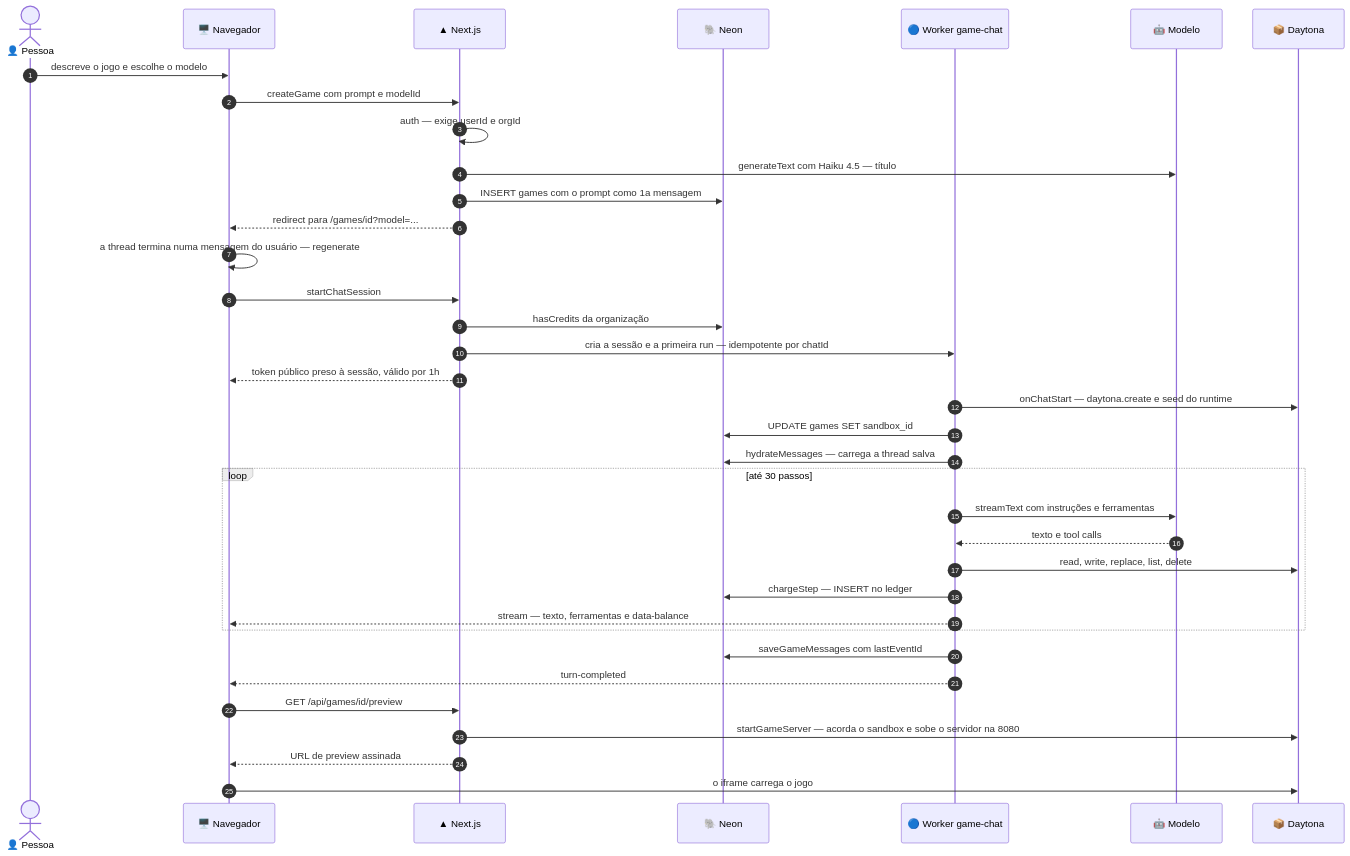
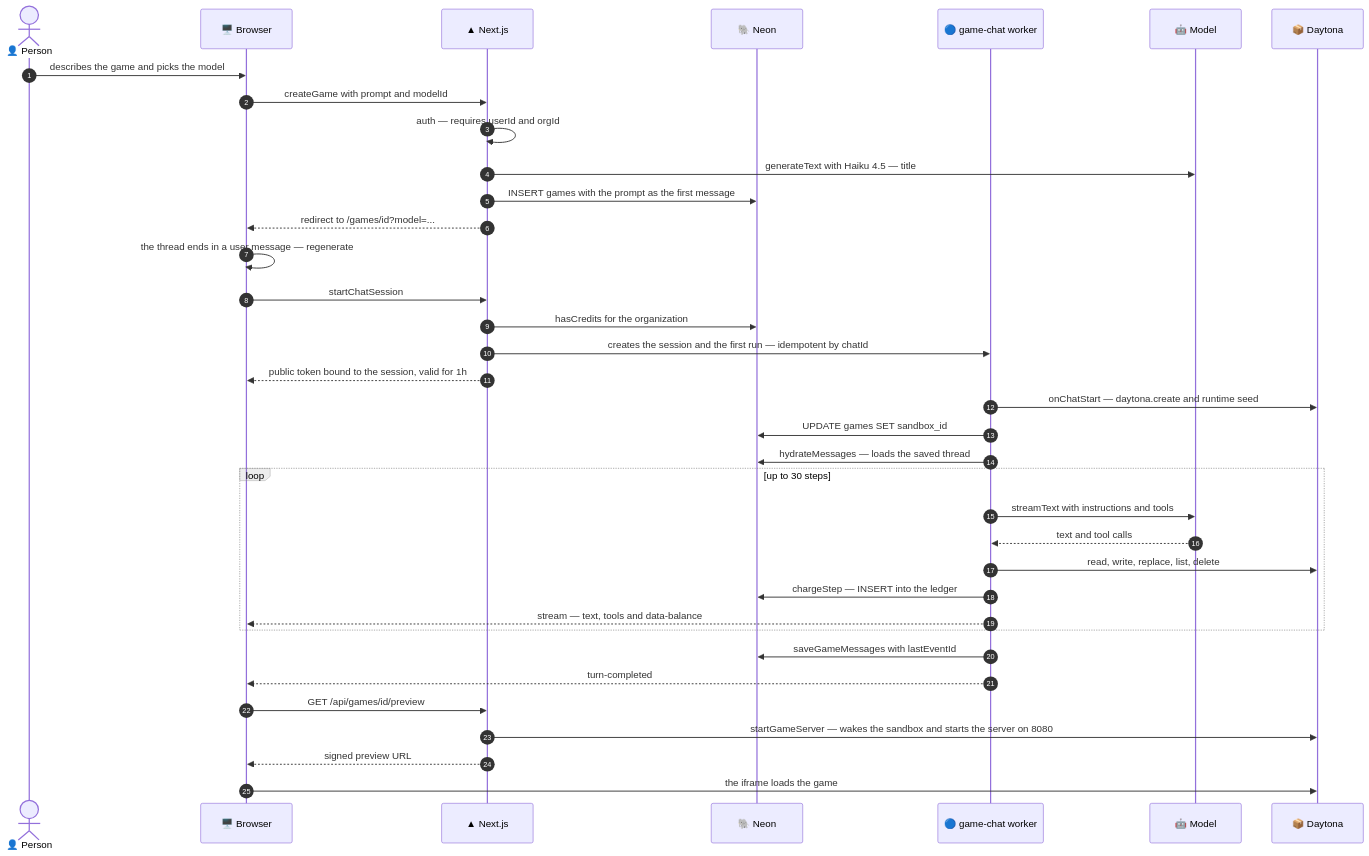
Before and after one commit to renatomf/nextjs-playforge: the first of 6 diagrams in README.md, drawn with Mermaid. The commit also changed other lines of this file and 5 other files, not shown here.

````diff
--- a/README.md
+++ b/README.md
@@ -130,44 +130,44 @@
 ```mermaid
 %%{init: {'themeVariables': {'clusterBkg': 'rgba(127,127,127,0.14)', 'clusterBorder': 'rgba(127,127,127,0.50)', 'noteBkgColor': 'rgba(127,127,127,0.14)', 'noteBorderColor': 'rgba(127,127,127,0.50)', 'labelBoxBkgColor': 'rgba(127,127,127,0.14)', 'labelBoxBorderColor': 'rgba(127,127,127,0.50)'}}}%%
 sequenceDiagram
     autonumber
-    actor P as 👤 Pessoa
-    participant UI as 🖥️ Navegador
+    actor P as 👤 Person
+    participant UI as 🖥️ Browser
     participant N as ▲ Next.js
     participant PG as 🐘 Neon
-    participant T as 🔵 Worker game-chat
-    participant M as 🤖 Modelo
+    participant T as 🔵 game-chat worker
+    participant M as 🤖 Model
     participant D as 📦 Daytona
 
-    P->>UI: descreve o jogo e escolhe o modelo
-    UI->>N: createGame com prompt e modelId
-    N->>N: auth — exige userId e orgId
-    N->>M: generateText com Haiku 4.5 — título
-    N->>PG: INSERT games com o prompt como 1a mensagem
-    N-->>UI: redirect para /games/id?model=...
+    P->>UI: describes the game and picks the model
+    UI->>N: createGame with prompt and modelId
+    N->>N: auth — requires userId and orgId
+    N->>M: generateText with Haiku 4.5 — title
+    N->>PG: INSERT games with the prompt as the first message
+    N-->>UI: redirect to /games/id?model=...
 
-    UI->>UI: a thread termina numa mensagem do usuário — regenerate
+    UI->>UI: the thread ends in a user message — regenerate
     UI->>N: startChatSession
-    N->>PG: hasCredits da organização
-    N->>T: cria a sessão e a primeira run — idempotente por chatId
-    N-->>UI: token público preso à sessão, válido por 1h
+    N->>PG: hasCredits for the organization
+    N->>T: creates the session and the first run — idempotent by chatId
+    N-->>UI: public token bound to the session, valid for 1h
 
-    T->>D: onChatStart — daytona.create e seed do runtime
+    T->>D: onChatStart — daytona.create and runtime seed
     T->>PG: UPDATE games SET sandbox_id
-    T->>PG: hydrateMessages — carrega a thread salva
+    T->>PG: hydrateMessages — loads the saved thread
 
-    loop até 30 passos
-        T->>M: streamText com instruções e ferramentas
-        M-->>T: texto e tool calls
+    loop up to 30 steps
+        T->>M: streamText with instructions and tools
+        M-->>T: text and tool calls
         T->>D: read, write, replace, list, delete
-        T->>PG: chargeStep — INSERT no ledger
-        T-->>UI: stream — texto, ferramentas e data-balance
+        T->>PG: chargeStep — INSERT into the ledger
+        T-->>UI: stream — text, tools and data-balance
     end
 
-    T->>PG: saveGameMessages com lastEventId
+    T->>PG: saveGameMessages with lastEventId
     T-->>UI: turn-completed
     UI->>N: GET /api/games/id/preview
-    N->>D: startGameServer — acorda o sandbox e sobe o servidor na 8080
-    N-->>UI: URL de preview assinada
-    UI->>D: o iframe carrega o jogo
+    N->>D: startGameServer — wakes the sandbox and starts the server on 8080
+    N-->>UI: signed preview URL
+    UI->>D: the iframe loads the game
 ```
````
